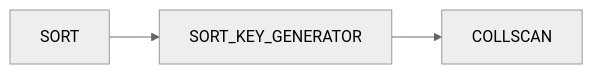
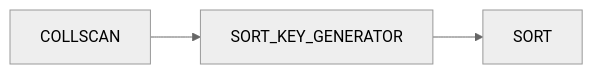
Before and after one commit to FHamster/SparkDBLP: the first of 6 diagrams in SparkExp/实验记录.md, drawn with Mermaid (neutral theme). The commit also changed other lines of this file and 40 other files, not shown here.

````diff
--- a/SparkExp/实验记录.md
+++ b/SparkExp/实验记录.md
@@ -1370,5 +1378,5 @@
 ```mermaid
 graph LR;
-  SORT-->SORT_KEY_GENERATOR
-  SORT_KEY_GENERATOR-->COLLSCAN
+  COLLSCAN-->SORT_KEY_GENERATOR
+  SORT_KEY_GENERATOR-->SORT
 ```
````
